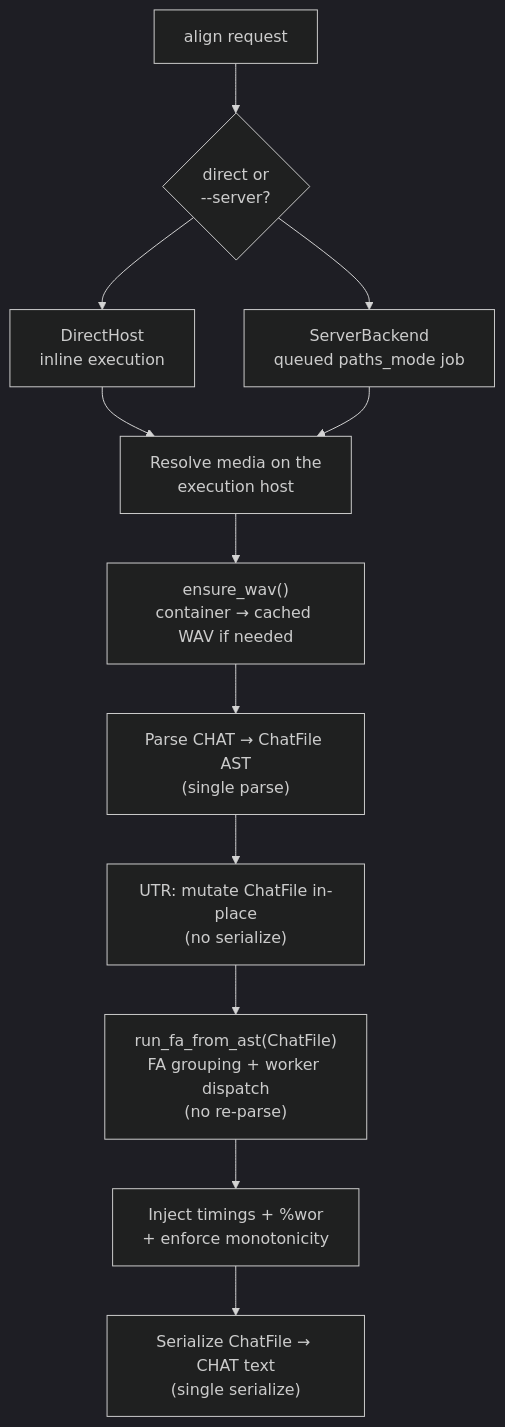
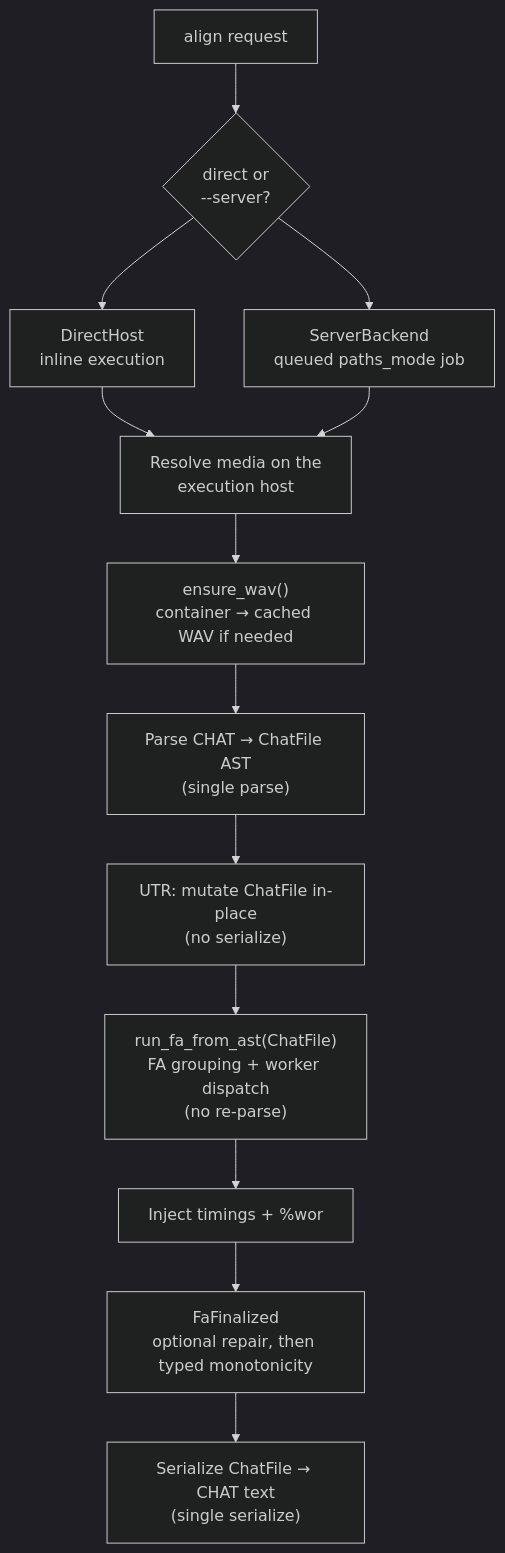
Before and after one commit to TalkBank/talkbank-tools: the second of 13 diagrams in book/src/batchalign/reference/forced-alignment.md, drawn with Mermaid (dark theme). The commit also changed other lines of this file and 84 other files, not shown here.

````diff
--- a/book/src/batchalign/reference/forced-alignment.md
+++ b/book/src/batchalign/reference/forced-alignment.md
@@ -87,19 +87,20 @@
 ```mermaid
 flowchart TD
     start["align request"]
     host{"direct or\n--server?"}
     direct["DirectHost\ninline execution"]
     server["ServerBackend\nqueued paths_mode job"]
     media["Resolve media on the\nexecution host"]
     wav["ensure_wav()\ncontainer → cached WAV if needed"]
     parse["Parse CHAT → ChatFile AST\n(single parse)"]
     utr["UTR: mutate ChatFile in-place\n(no serialize)"]
     fa["run_fa_from_ast(ChatFile)\nFA grouping + worker dispatch\n(no re-parse)"]
-    inject["Inject timings + %wor\n+ enforce monotonicity"]
+    inject["Inject timings + %wor"]
+    finalize["FaFinalized\noptional repair, then typed monotonicity"]
     serial["Serialize ChatFile → CHAT text\n(single serialize)"]
 
     start --> host
     host --> direct --> media
     host --> server --> media
-    media --> wav --> parse --> utr --> fa --> inject --> serial
+    media --> wav --> parse --> utr --> fa --> inject --> finalize --> serial
 ```
````
